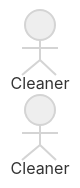
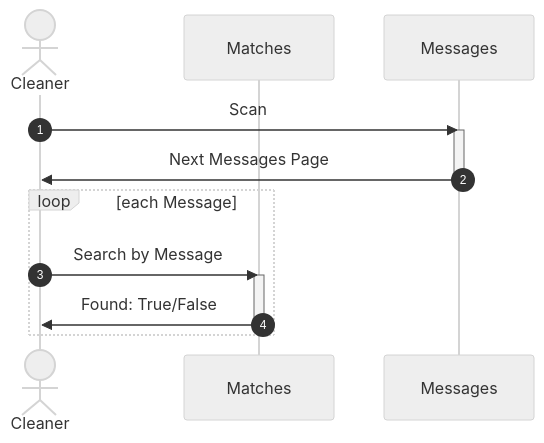
One commit to awakari/.github changed the third of 3 diagrams in profile/README.md. Above: the diagram before and after it, drawn with Mermaid. The commit also changed other lines of this file, not shown here.

Commit message:
readme update

````diff
--- a/profile/README.md
+++ b/profile/README.md
@@ -230,8 +232,24 @@
 ```mermaid
 %%{init: {'theme': 'neutral' } }%%
 sequenceDiagram
 
     autonumber
     actor Cleaner
+    participant Matches
+    participant Messages
+    
+    Cleaner->>Messages: Scan
+    activate Messages
+    Messages->>Cleaner: Next Messages Page
+    deactivate Messages
+     
+    loop each Message
+    
+        Cleaner->>Matches: Search by Message
+        activate Matches
+        Matches->>Cleaner: Found: True/False
+        deactivate Matches    
+    
+    end
     
 ```
````
